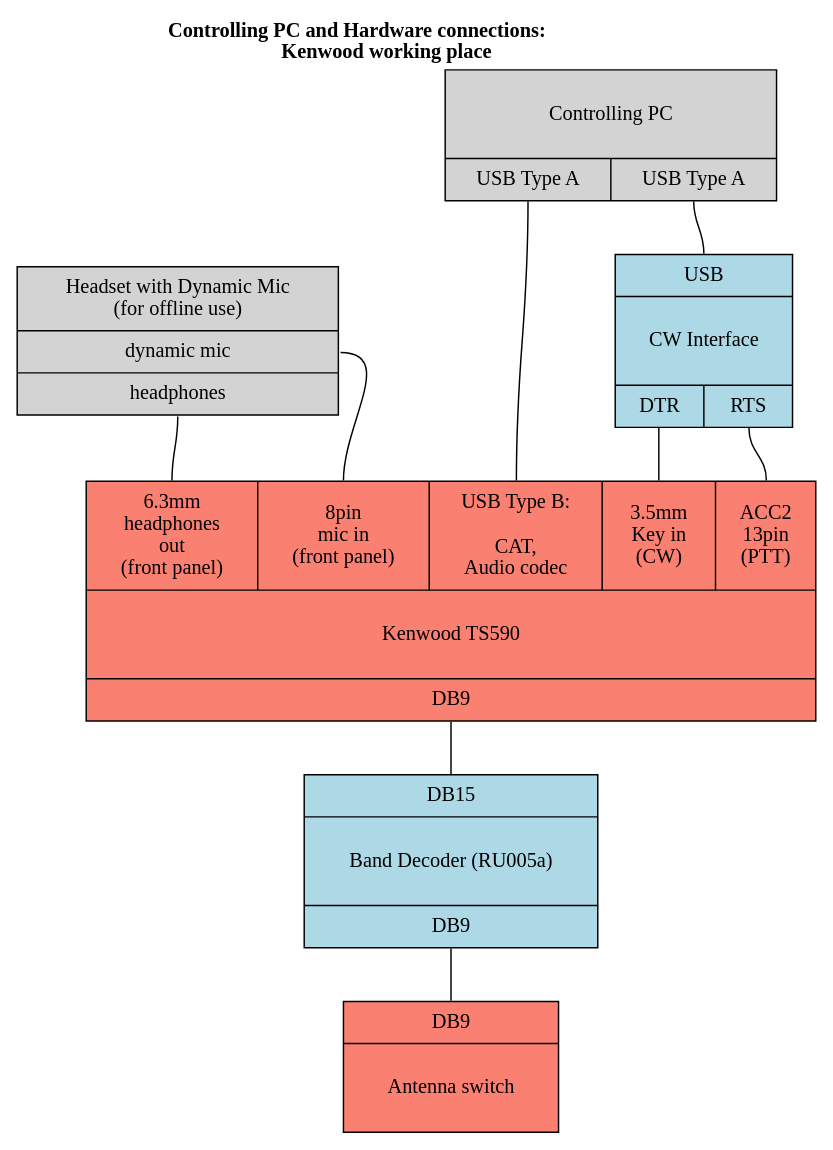
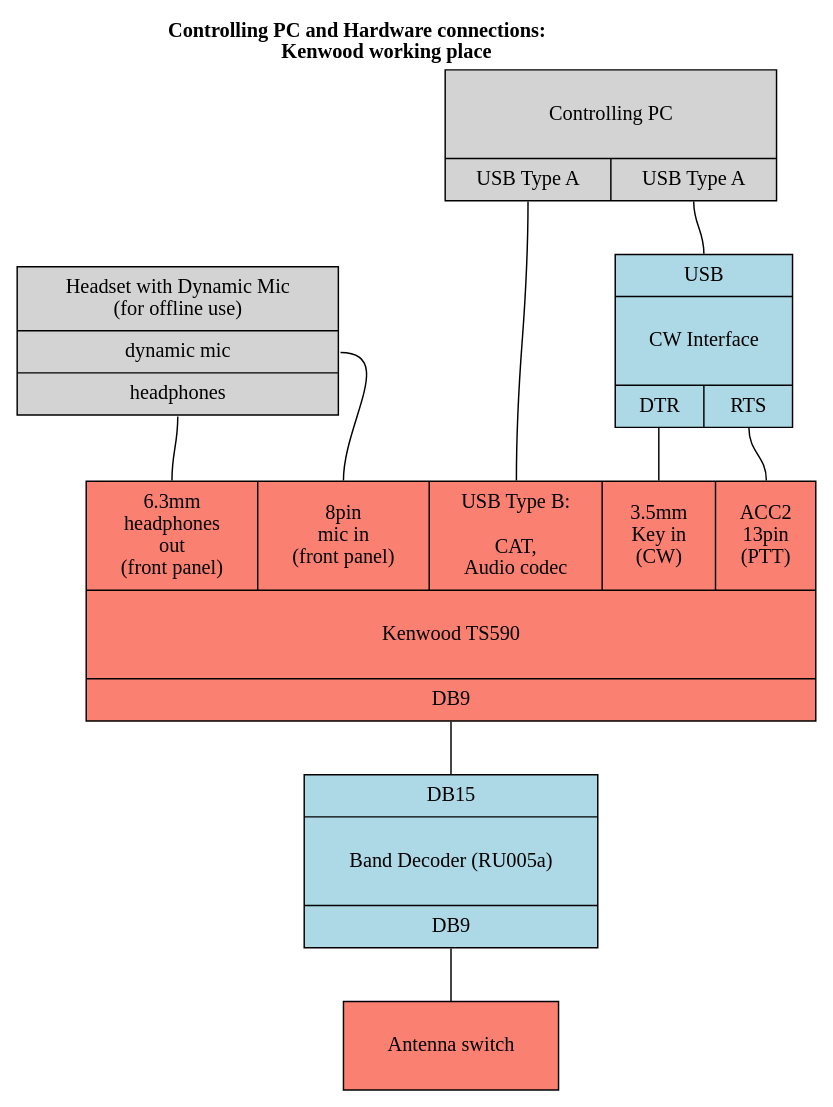
Before and after one commit to isemichastnov/hamradio: the diagram in rk5d-remote/kenwood-plain/gv/hw.gv, drawn with Graphviz. The commit also changed 8 other files, not shown here.

Commit message:
updated RK5D readme: minor fixes in antenna switch connections

```diff
--- a/rk5d-remote/kenwood-plain/gv/hw.gv
+++ b/rk5d-remote/kenwood-plain/gv/hw.gv
@@ -1,29 +1,29 @@
 digraph Arch {
 node [shape = rect, margin = "0.2,0.1"]
 edge [arrowhead = none]
 labelloc = top
 
 label = <<b>Controlling PC and Hardware connections: <br/>Kenwood working place</b>>
 
 pc [shape = record, style = filled, label = "{ \nControlling PC\n\r | { <usbA>USB Type A | <usbA2> USB Type A} }"]
 headset [shape = record, style = filled, label = "{ Headset with Dynamic Mic\n(for offline use) | <mic> dynamic mic | <earph> headphones }"]
 
 kenwood [shape = record, style = filled, fillcolor = salmon, label = "{ { <earphFront> 6.3mm \nheadphones\n out\n(front panel) | <micFront> 8pin\n mic in\n(front panel) | <usbB>USB Type B:\n\nCAT,\nAudio codec | <key>3.5mm\nKey in\n(CW) | <acc2>ACC2\n13pin\n(PTT) } | \nKenwood TS590\n\r | {<db9> DB9 } }"];
 cwInterface [shape = record, style = filled, fillcolor = lightblue, label = "{<usb> USB | \nCW Interface\n\n | {<dtr> DTR | <rts> RTS}}"]
 
 ru005 [shape = record, style = filled, fillcolor = lightblue, label = "{<db15> DB15 | \nBand Decoder (RU005a)\n\r | <db9>DB9 }"]
 
-antennaSwitch [shape = record, style = filled, fillcolor = salmon, label = "{ <db9>DB9 | \n Antenna switch \n\r }"]
+antennaSwitch [shape = record, style = filled, fillcolor = salmon, label = "\n Antenna switch \n\r "]
 
 pc : usbA -> kenwood : usbB
 pc : usbA2 : s -> cwInterface : usb:n
 cwInterface : dtr : s -> kenwood : key : n
 cwInterface : rts : s -> kenwood : acc2 : n
 kenwood : db9 -> ru005 : db15 : n
 
 headset : mic : e -> kenwood : micFront : n
 headset : earph : s -> kenwood : earphFront : n
 
-ru005 : db9 -> antennaSwitch : db9
+ru005 : db9 -> antennaSwitch
 
 }
```
